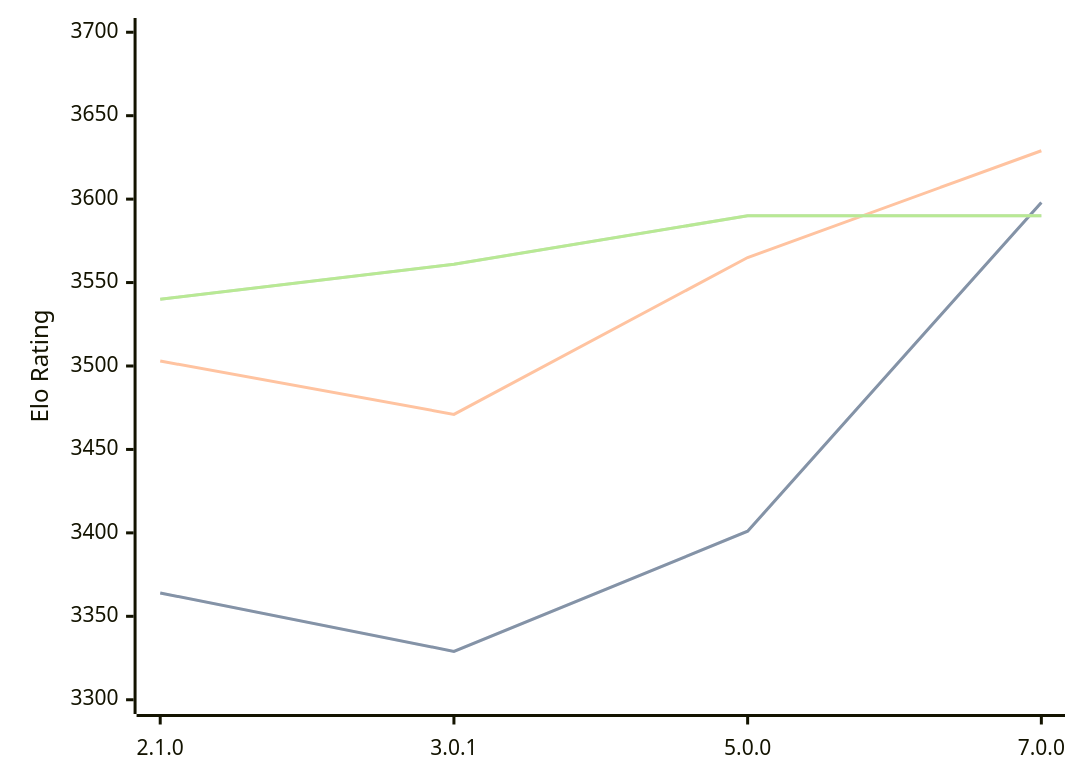
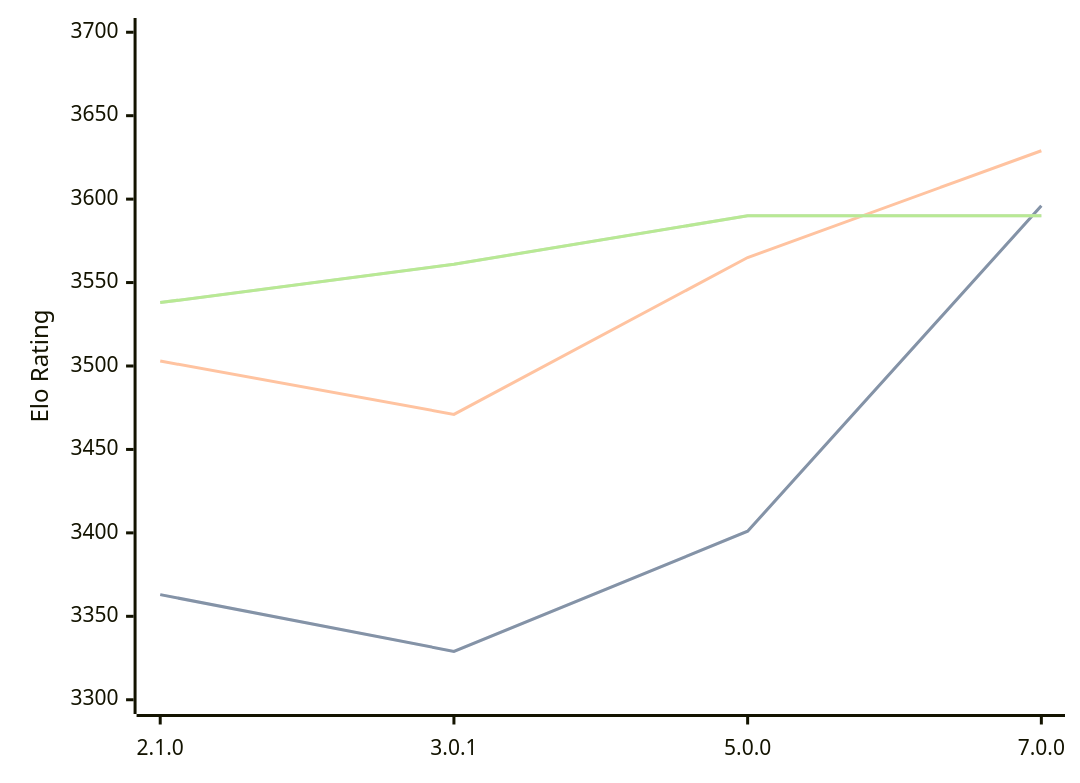
Before and after one commit to computer-chess-index/cci: the diagram in engines/PlentyChess.md, drawn with Mermaid. The commit also changed other lines of this file, not shown here.

Commit message:
Update CCI Ratings (ELO VLTC) - 2026-03-16

````diff
--- a/engines/PlentyChess.md
+++ b/engines/PlentyChess.md
@@ -43,11 +43,11 @@
 ```mermaid
 %%{init: {"theme":"base","themeVariables":{"seriesColors:['#a3a3a3','#222221','#faa371']}}}%%
 xychart-beta
   x-axis ["2.1.0", "3.0.1", "5.0.0", "7.0.0"]
   y-axis "Elo Rating" 3300 --> 3700
-  line "STC (8.0+0.08s)" [3364, 3329, 3401, 3598]
-  line "STC (8.0+0.08s)" [3364, 3329, 3401, 3598]
+  line "STC (8.0+0.08s)" [3363, 3329, 3401, 3596]
+  line "STC (8.0+0.08s)" [3363, 3329, 3401, 3596]
   line "LTC (60.0+0.60s)" [3503, 3471, 3565, 3629]
-  line "VLTC (2m24s+1.12s)" [3540, 3561, 3590, 3590]
-  line "VLTC (2m24s+1.12s)" [3540, 3561, 3590, 3590]
+  line "VLTC (2m24s+1.12s)" [3538, 3561, 3590, 3590]
+  line "VLTC (2m24s+1.12s)" [3538, 3561, 3590, 3590]
 ```
````
